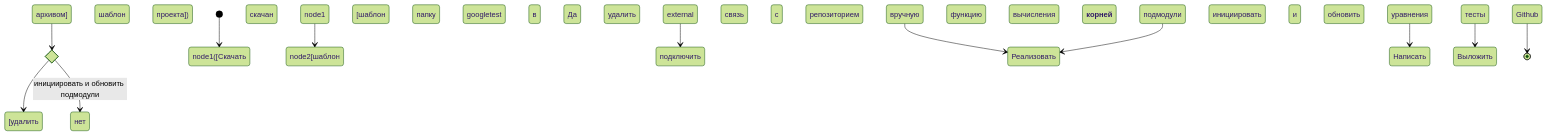
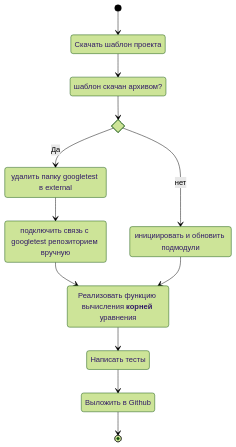
One commit to seekerk/gtest changed the diagram in diagrams.md. Above: the diagram before and after it, drawn with Mermaid (forest theme). The commit also changed other lines of this file, not shown here.

````diff
--- a/diagrams.md
+++ b/diagrams.md
@@ -10,15 +10,24 @@
 ```mermaid
 stateDiagram-v2
+node1: Скачать шаблон проекта
+node2: шаблон скачан архивом?
+node3: удалить папку googletest в external
+node4: подключить связь с googletest репозиторием вручную
+node5: инициировать и обновить подмодули
+node6: Реализовать функцию вычисления **корней** уравнения
+node7: Написать тесты
+node8: Выложить в Github
 state if_state <<choice>>
-[*] --> node1([Скачать шаблон проекта])
-node1 --> node2[шаблон скачан архивом]
-[шаблон скачан архивом] --> if_state
-if_state --> [удалить папку googletest в external] : Да
-удалить папку googletest в external --> подключить связь с googletest репозиторием вручную
-if_state --> нет : инициировать и обновить подмодули
-подключить связь с googletest репозиторием вручную --> Реализовать функцию вычисления **корней** уравнения
-инициировать и обновить подмодули --> Реализовать функцию вычисления **корней** уравнения
-Реализовать функцию вычисления **корней** уравнения --> Написать тесты
-Написать тесты --> Выложить в Github
-Выложить в Github --> [*]
+
+[*] --> node1
+node1 --> node2
+node2 --> if_state
+if_state --> node3 : Да
+node3 --> node4
+if_state --> node5 : нет 
+node4 --> node6
+node5 --> node6
+node6 --> node7
+node7 --> node8
+node8 --> [*]
 ```
````
